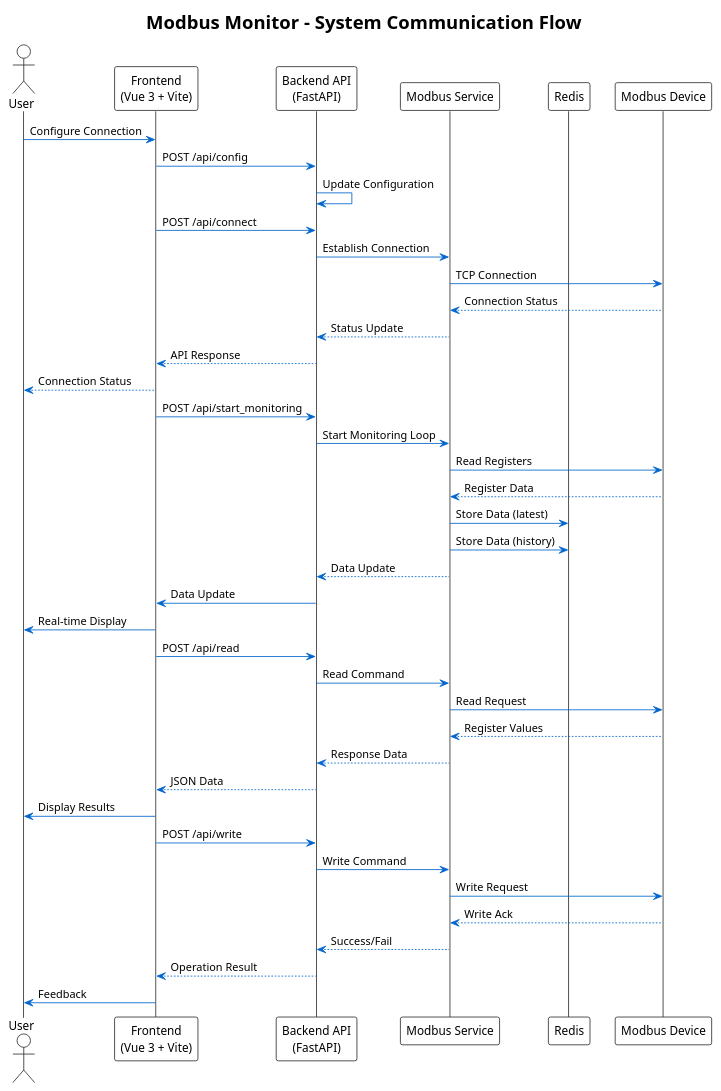
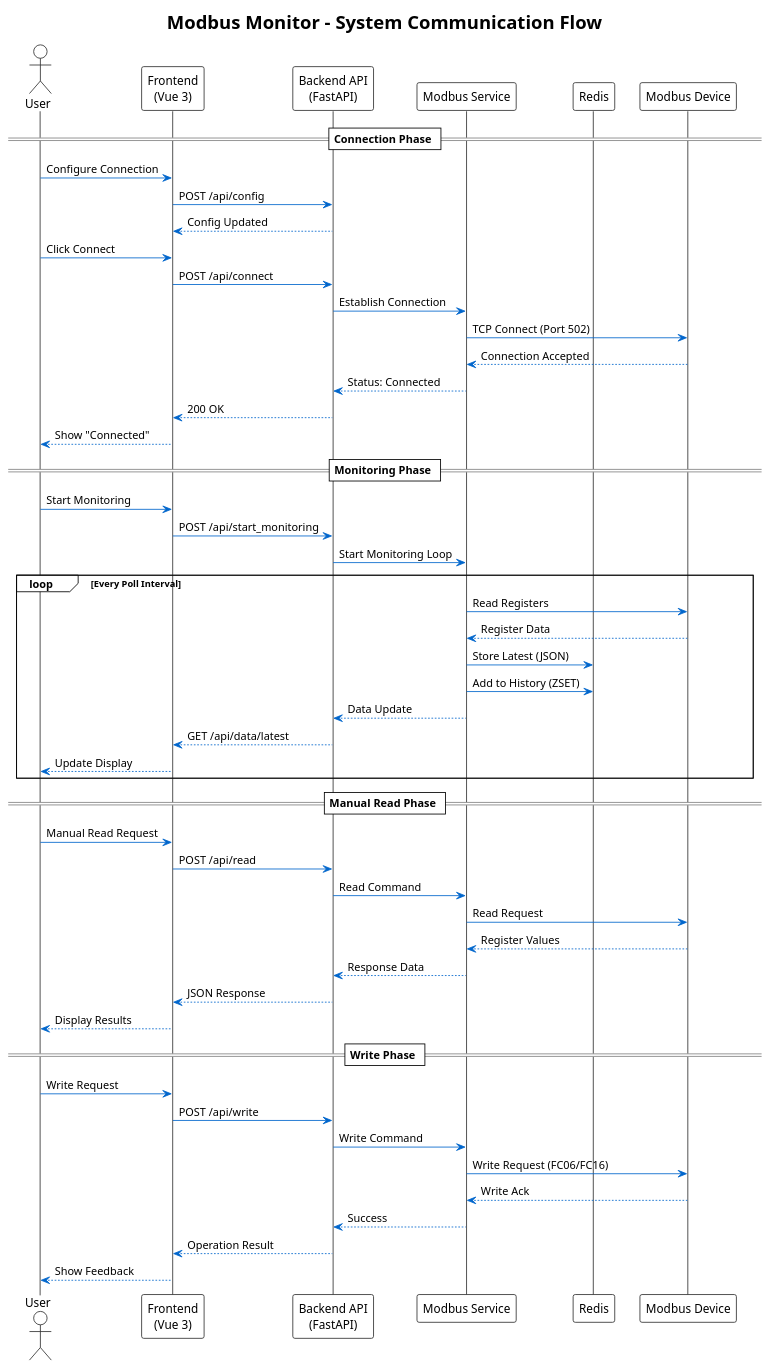
One commit to sprigga/Modbus_Monitor changed the first of 8 diagrams in README.md. Above: the diagram before and after it, drawn with PlantUML. The commit also changed other lines of this file, not shown here.

Commit message:
Update README with enhanced diagrams and documentation

````diff
--- a/README.md
+++ b/README.md
@@ -909,58 +909,75 @@
 ```plantuml
 @startuml SystemCommunicationFlow
 !theme plain
 skinparam sequence {
     ArrowColor #0066cc
     LifeLineBorderColor #333333
     ParticipantBorderColor #333333
     ActorBorderColor #333333
+    BoxPadding 10
 }
 
 title Modbus Monitor - System Communication Flow
 
 actor "User" as User
-participant "Frontend\n(Vue 3 + Vite)" as Frontend
+participant "Frontend\n(Vue 3)" as Frontend
 participant "Backend API\n(FastAPI)" as Backend
 participant "Modbus Service" as ModbusService
 participant "Redis" as Redis
 participant "Modbus Device" as Device
 
+== Connection Phase ==
+
 User -> Frontend : Configure Connection
 Frontend -> Backend : POST /api/config
-Backend -> Backend : Update Configuration
+Backend --> Frontend : Config Updated
+
+User -> Frontend : Click Connect
 Frontend -> Backend : POST /api/connect
 Backend -> ModbusService : Establish Connection
-ModbusService -> Device : TCP Connection
-Device --> ModbusService : Connection Status
-ModbusService --> Backend : Status Update
-Backend --> Frontend : API Response
-Frontend --> User : Connection Status
+ModbusService -> Device : TCP Connect (Port 502)
+Device --> ModbusService : Connection Accepted
+ModbusService --> Backend : Status: Connected
+Backend --> Frontend : 200 OK
+Frontend --> User : Show "Connected"
 
+== Monitoring Phase ==
+
+User -> Frontend : Start Monitoring
 Frontend -> Backend : POST /api/start_monitoring
 Backend -> ModbusService : Start Monitoring Loop
-ModbusService -> Device : Read Registers
-Device --> ModbusService : Register Data
-ModbusService -> Redis : Store Data (latest)
-ModbusService -> Redis : Store Data (history)
-ModbusService --> Backend : Data Update
-Backend -> Frontend : Data Update
-Frontend -> User : Real-time Display
 
+loop Every Poll Interval
+    ModbusService -> Device : Read Registers
+    Device --> ModbusService : Register Data
+    ModbusService -> Redis : Store Latest (JSON)
+    ModbusService -> Redis : Add to History (ZSET)
+    ModbusService --> Backend : Data Update
+    Backend --> Frontend : GET /api/data/latest
+    Frontend --> User : Update Display
+end
+
+== Manual Read Phase ==
+
+User -> Frontend : Manual Read Request
 Frontend -> Backend : POST /api/read
 Backend -> ModbusService : Read Command
 ModbusService -> Device : Read Request
 Device --> ModbusService : Register Values
 ModbusService --> Backend : Response Data
-Backend --> Frontend : JSON Data
-Frontend -> User : Display Results
+Backend --> Frontend : JSON Response
+Frontend --> User : Display Results
 
+== Write Phase ==
+
+User -> Frontend : Write Request
 Frontend -> Backend : POST /api/write
 Backend -> ModbusService : Write Command
-ModbusService -> Device : Write Request
+ModbusService -> Device : Write Request (FC06/FC16)
 Device --> ModbusService : Write Ack
-ModbusService --> Backend : Success/Fail
+ModbusService --> Backend : Success
 Backend --> Frontend : Operation Result
-Frontend -> User : Feedback
+Frontend --> User : Show Feedback
 
 @enduml
 ```
````
